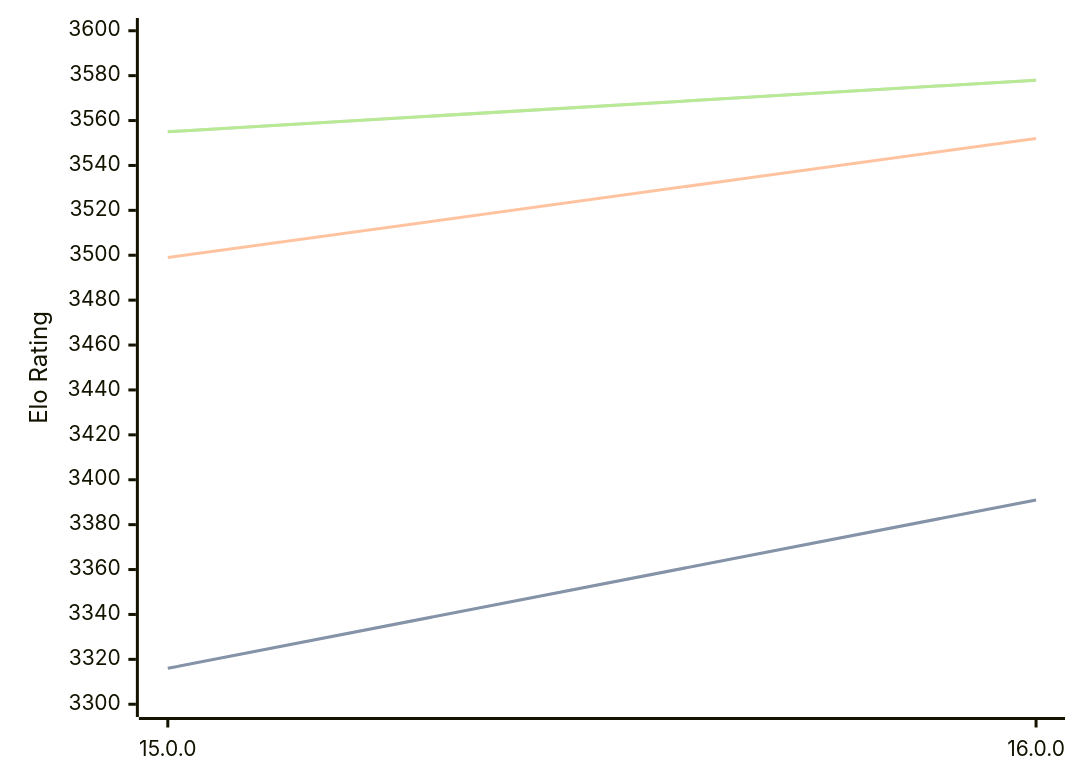
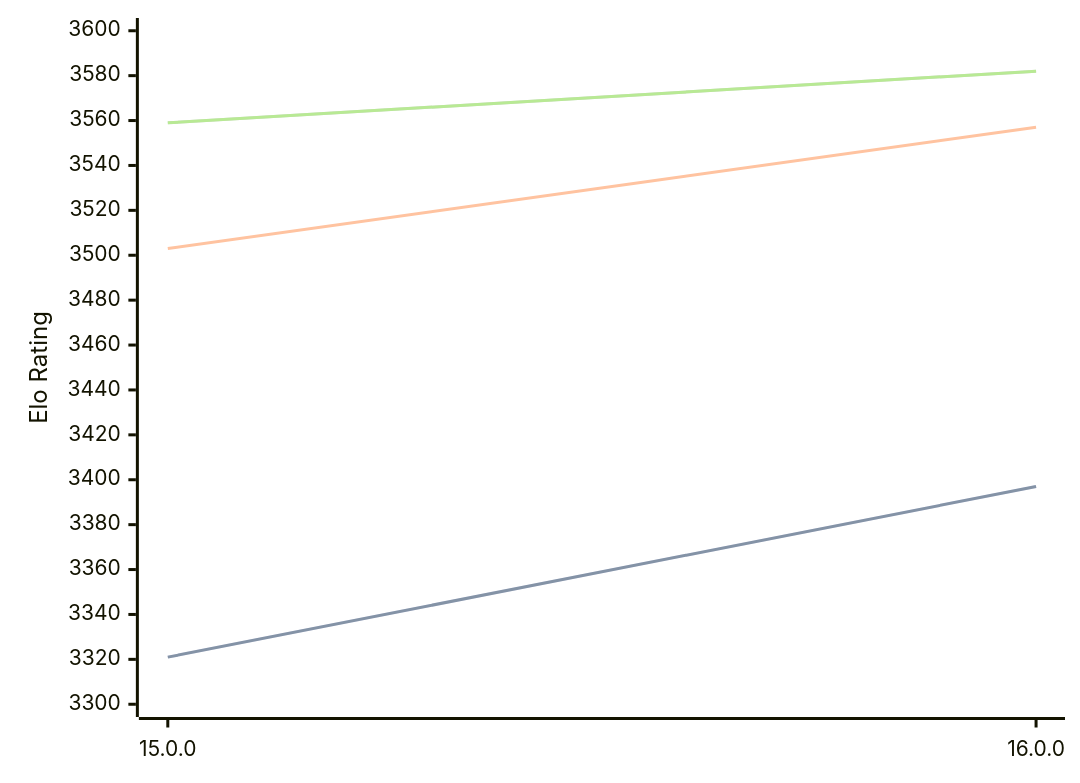
One commit to computer-chess-index/cci changed the diagram in engines/Halogen.md. Above: the diagram before and after it, drawn with Mermaid. The commit also changed other lines of this file, not shown here.

Commit message:
Update CCI Ratings (ELO VLTC) - 2026-04-14

````diff
--- a/engines/Halogen.md
+++ b/engines/Halogen.md
@@ -50,11 +50,11 @@
 ```mermaid
 %%{init: {"theme":"base","themeVariables":{"seriesColors:['#a3a3a3','#222221','#faa371']}}}%%
 xychart-beta
   x-axis ["15.0.0", "16.0.0"]
   y-axis "Elo Rating" 3300 --> 3600
-  line "STC (8.0+0.08s)" [3316, 3391]
-  line "STC (8.0+0.08s)" [3316, 3391]
-  line "LTC (60.0+0.60s)" [3499, 3552]
-  line "VLTC (2m24s+1.12s)" [3555, 3578]
-  line "VLTC (2m24s+1.12s)" [3555, 3578]
+  line "STC (8.0+0.08s)" [3321, 3397]
+  line "STC (8.0+0.08s)" [3321, 3397]
+  line "LTC (60.0+0.60s)" [3503, 3557]
+  line "VLTC (2m24s+1.12s)" [3559, 3582]
+  line "VLTC (2m24s+1.12s)" [3559, 3582]
 ```
````
